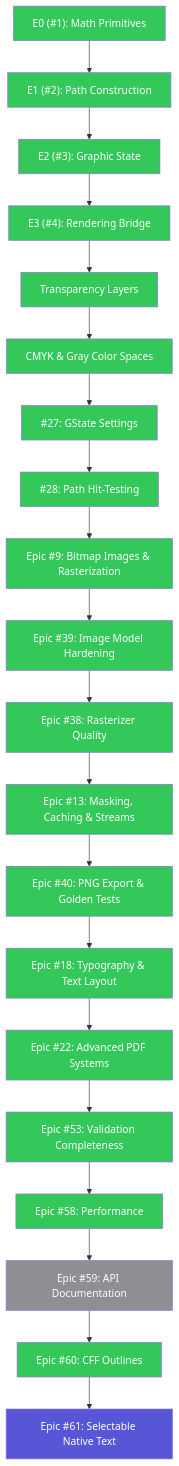
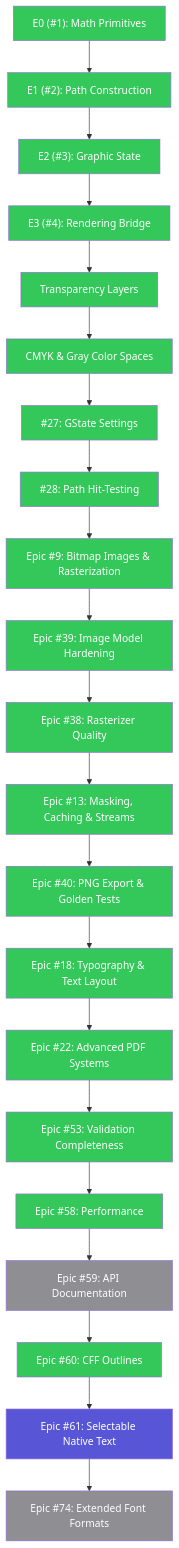
One commit to SlayerMotion/PureDraw changed the first of 9 diagrams in README.md. Above: the diagram before and after it, drawn with Mermaid. The commit also changed 1 other file, not shown here.

Commit message:
docs: add extended font format epic to roadmap
WOFF/WOFF2 wrappers, variable fonts, CFF2, COLR/CPAL color glyphs, and
bitmap/sbix strikes (#74) join the roadmap as the remaining font
format gaps beyond desktop TrueType and OpenType CFF.

````diff
--- a/README.md
+++ b/README.md
@@ -136,30 +136,31 @@
 ```mermaid
 flowchart TB
     classDef done    fill:#34C759,color:#FFFFFF
     classDef active  fill:#007AFF,color:#FFFFFF
     classDef review  fill:#30B0C7,color:#FFFFFF
     classDef next    fill:#5856D6,color:#FFFFFF
     classDef partial fill:#FF9500,color:#FFFFFF
     classDef todo    fill:#8E8E93,color:#FFFFFF
 
-    E0["E0 (#1): Math Primitives"]:::done --> E1["E1 (#2): Path Construction"]:::done --> E2["E2 (#3): Graphic State"]:::done --> E3["E3 (#4): Rendering Bridge"]:::done --> TL["Transparency Layers"]:::done --> CS["CMYK & Gray Color Spaces"]:::done --> P1_1["#27: GState Settings"]:::done --> P1_2["#28: Path Hit-Testing"]:::done --> Epic9["Epic #9: Bitmap Images & Rasterization"]:::done --> Epic39["Epic #39: Image Model Hardening"]:::done --> Epic38["Epic #38: Rasterizer Quality"]:::done --> Epic13["Epic #13: Masking, Caching & Streams"]:::done --> Epic40["Epic #40: PNG Export & Golden Tests"]:::done --> Epic18["Epic #18: Typography & Text Layout"]:::done --> Epic22["Epic #22: Advanced PDF Systems"]:::done --> Epic53["Epic #53: Validation Completeness"]:::done --> Epic58["Epic #58: Performance"]:::done --> Epic59["Epic #59: API Documentation"]:::todo --> Epic60["Epic #60: CFF Outlines"]:::done --> Epic61["Epic #61: Selectable Native Text"]:::next
+    E0["E0 (#1): Math Primitives"]:::done --> E1["E1 (#2): Path Construction"]:::done --> E2["E2 (#3): Graphic State"]:::done --> E3["E3 (#4): Rendering Bridge"]:::done --> TL["Transparency Layers"]:::done --> CS["CMYK & Gray Color Spaces"]:::done --> P1_1["#27: GState Settings"]:::done --> P1_2["#28: Path Hit-Testing"]:::done --> Epic9["Epic #9: Bitmap Images & Rasterization"]:::done --> Epic39["Epic #39: Image Model Hardening"]:::done --> Epic38["Epic #38: Rasterizer Quality"]:::done --> Epic13["Epic #13: Masking, Caching & Streams"]:::done --> Epic40["Epic #40: PNG Export & Golden Tests"]:::done --> Epic18["Epic #18: Typography & Text Layout"]:::done --> Epic22["Epic #22: Advanced PDF Systems"]:::done --> Epic53["Epic #53: Validation Completeness"]:::done --> Epic58["Epic #58: Performance"]:::done --> Epic59["Epic #59: API Documentation"]:::todo --> Epic60["Epic #60: CFF Outlines"]:::done --> Epic61["Epic #61: Selectable Native Text"]:::next --> Epic74["Epic #74: Extended Font Formats"]:::todo
 
     click E0 href "https://github.com/mihaelamj/PureDraw/issues/1" "E0"
     click E1 href "https://github.com/mihaelamj/PureDraw/issues/2" "E1"
     click E2 href "https://github.com/mihaelamj/PureDraw/issues/3" "E2"
     click E3 href "https://github.com/mihaelamj/PureDraw/issues/4" "E3"
     click P1_1 href "https://github.com/mihaelamj/PureDraw/issues/27" "Issue #27"
     click P1_2 href "https://github.com/mihaelamj/PureDraw/issues/28" "Issue #28"
     click Epic9 href "https://github.com/mihaelamj/PureDraw/issues/9" "Epic #9"
     click Epic39 href "https://github.com/mihaelamj/PureDraw/issues/39" "Epic #39"
     click Epic38 href "https://github.com/mihaelamj/PureDraw/issues/38" "Epic #38"
     click Epic13 href "https://github.com/mihaelamj/PureDraw/issues/13" "Epic #13"
     click Epic40 href "https://github.com/mihaelamj/PureDraw/issues/40" "Epic #40"
     click Epic18 href "https://github.com/mihaelamj/PureDraw/issues/18" "Epic #18"
     click Epic22 href "https://github.com/mihaelamj/PureDraw/issues/22" "Epic #22"
     click Epic53 href "https://github.com/mihaelamj/PureDraw/issues/53" "Epic #53"
     click Epic58 href "https://github.com/mihaelamj/PureDraw/issues/58" "Epic #58"
     click Epic59 href "https://github.com/mihaelamj/PureDraw/issues/59" "Epic #59"
     click Epic60 href "https://github.com/mihaelamj/PureDraw/issues/60" "Epic #60"
     click Epic61 href "https://github.com/mihaelamj/PureDraw/issues/61" "Epic #61"
+    click Epic74 href "https://github.com/mihaelamj/PureDraw/issues/74" "Epic #74"
 ```
````
